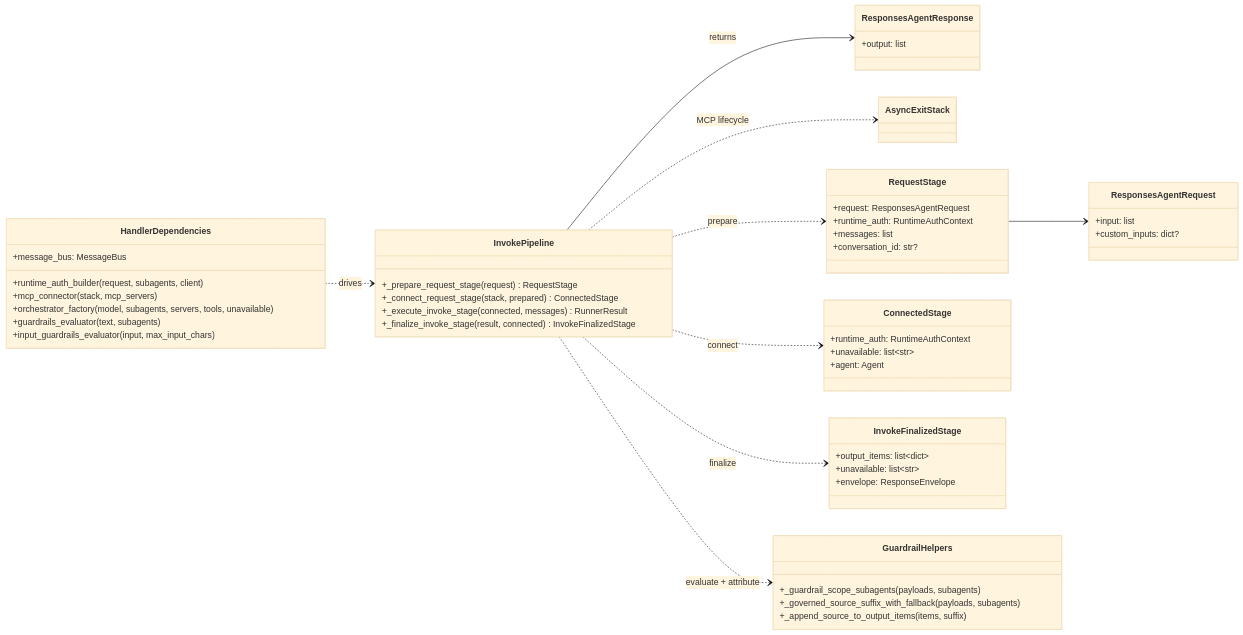
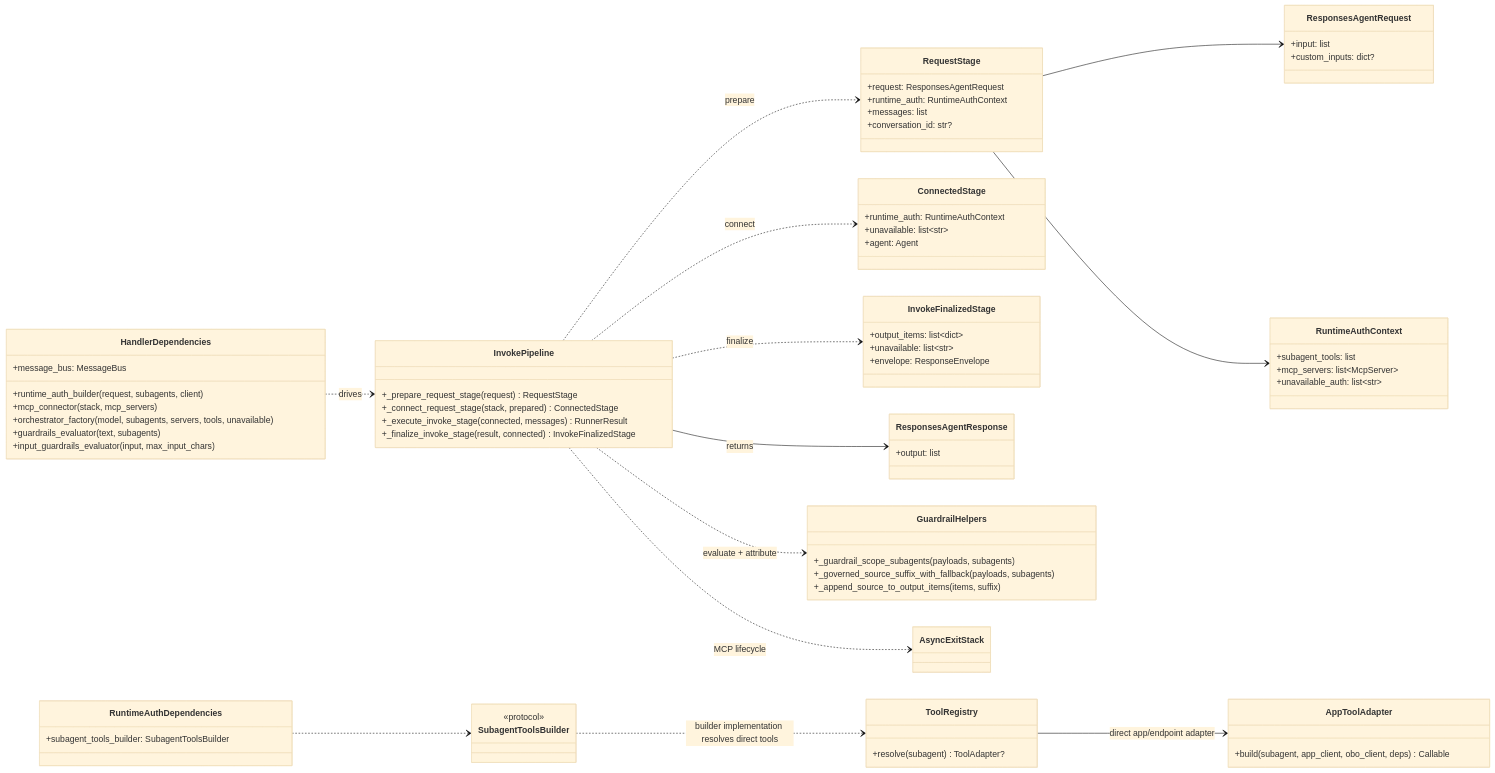
The first of 2 diagrams in docs/architecture/design-artifacts/07-request-execution-flow-class-diagram.md (wchen-dea/Governed-Multi-Agent-Intelligence-on-Databricks), drawn with Mermaid (base theme) before and after one commit. The commit also changed other lines of this file and 13 other files, not shown here.

````diff
--- a/docs/architecture/design-artifacts/07-request-execution-flow-class-diagram.md
+++ b/docs/architecture/design-artifacts/07-request-execution-flow-class-diagram.md
@@ -45,6 +45,23 @@
     +input_guardrails_evaluator(input, max_input_chars)
     +message_bus: MessageBus
 }
+class RuntimeAuthContext {
+    +subagent_tools: list
+    +mcp_servers: list~McpServer~
+    +unavailable_auth: list~str~
+}
+class RuntimeAuthDependencies {
+    +subagent_tools_builder: SubagentToolsBuilder
+}
+class SubagentToolsBuilder {
+    <<protocol>>
+}
+class ToolRegistry {
+    +resolve(subagent) ToolAdapter?
+}
+class AppToolAdapter {
+    +build(subagent, app_client, obo_client, deps) Callable
+}
 
 class InvokePipeline {
     +_prepare_request_stage(request) RequestStage
@@ -66,5 +83,9 @@
 InvokePipeline --> ResponsesAgentResponse : returns
 InvokePipeline ..> GuardrailHelpers : evaluate + attribute
 RequestStage --> ResponsesAgentRequest
+RequestStage --> RuntimeAuthContext
+RuntimeAuthDependencies ..> SubagentToolsBuilder
+SubagentToolsBuilder ..> ToolRegistry : builder implementation resolves direct tools
+ToolRegistry --> AppToolAdapter : direct app/endpoint adapter
 InvokePipeline ..> AsyncExitStack : MCP lifecycle
 ```
````
